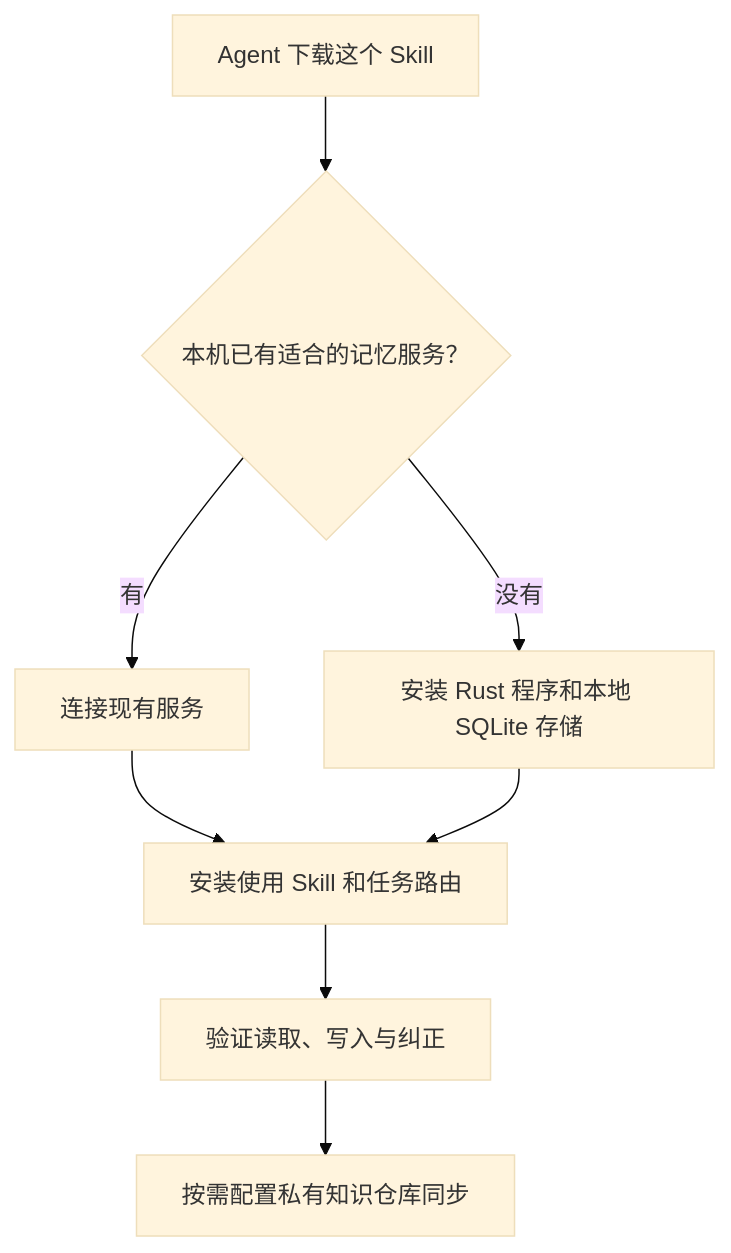
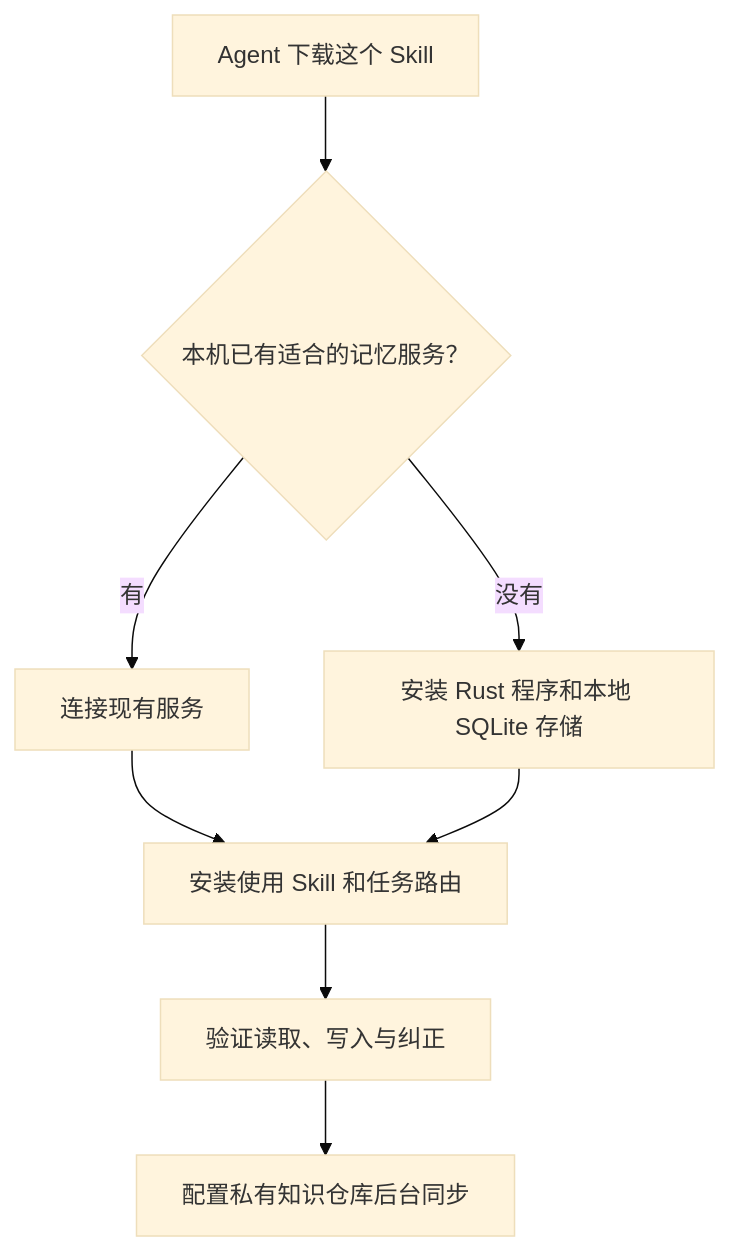
The diagram in README.md (KUSTLiWei/ai-memory-connect), drawn with Mermaid (base theme) before and after one commit. The commit also changed other lines of this file and 2 other files, not shown here.

````diff
--- a/README.md
+++ b/README.md
@@ -9,10 +9,10 @@
 ```mermaid
 flowchart TD
     A[Agent 下载这个 Skill] --> B{本机已有适合的记忆服务？}
     B -->|有| C[连接现有服务]
     B -->|没有| D[安装 Rust 程序和本地 SQLite 存储]
     C --> E[安装使用 Skill 和任务路由]
     D --> E
     E --> F[验证读取、写入与纠正]
-    F --> G[按需配置私有知识仓库同步]
+    F --> G[配置私有知识仓库后台同步]
 ```
````
